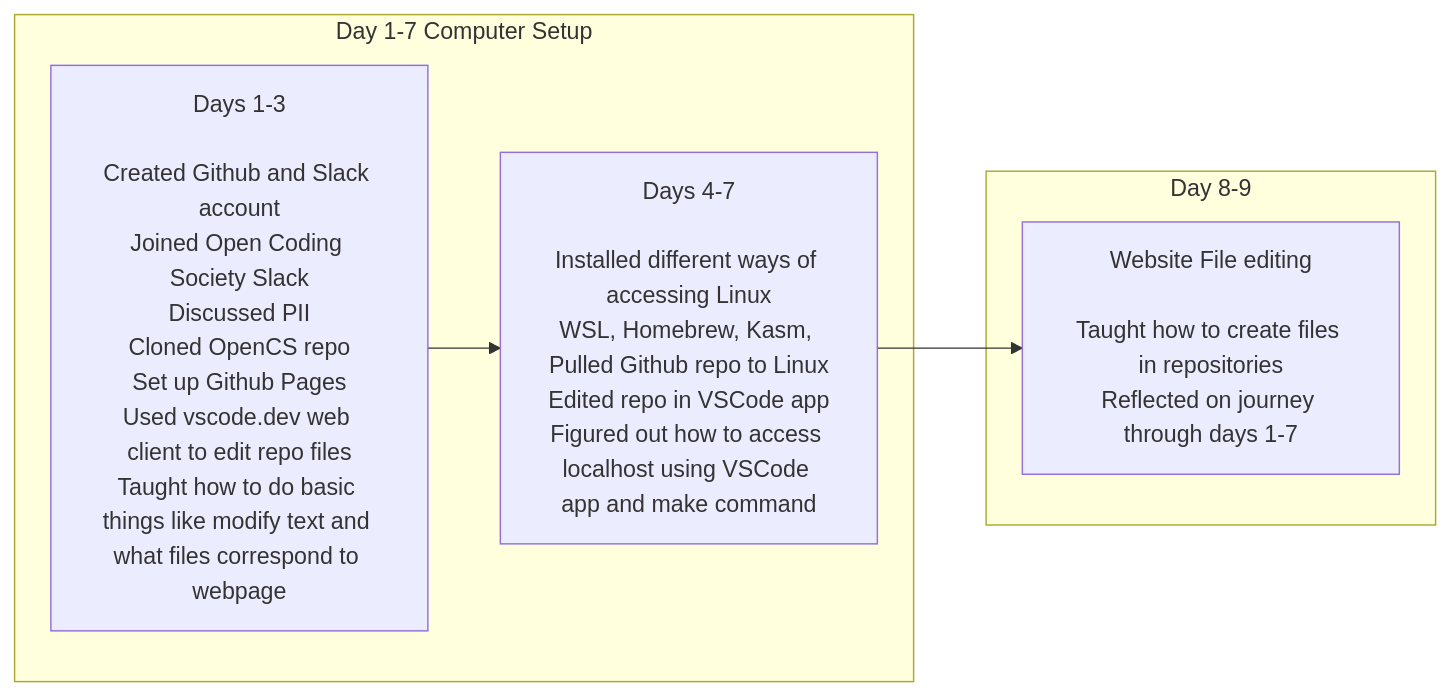
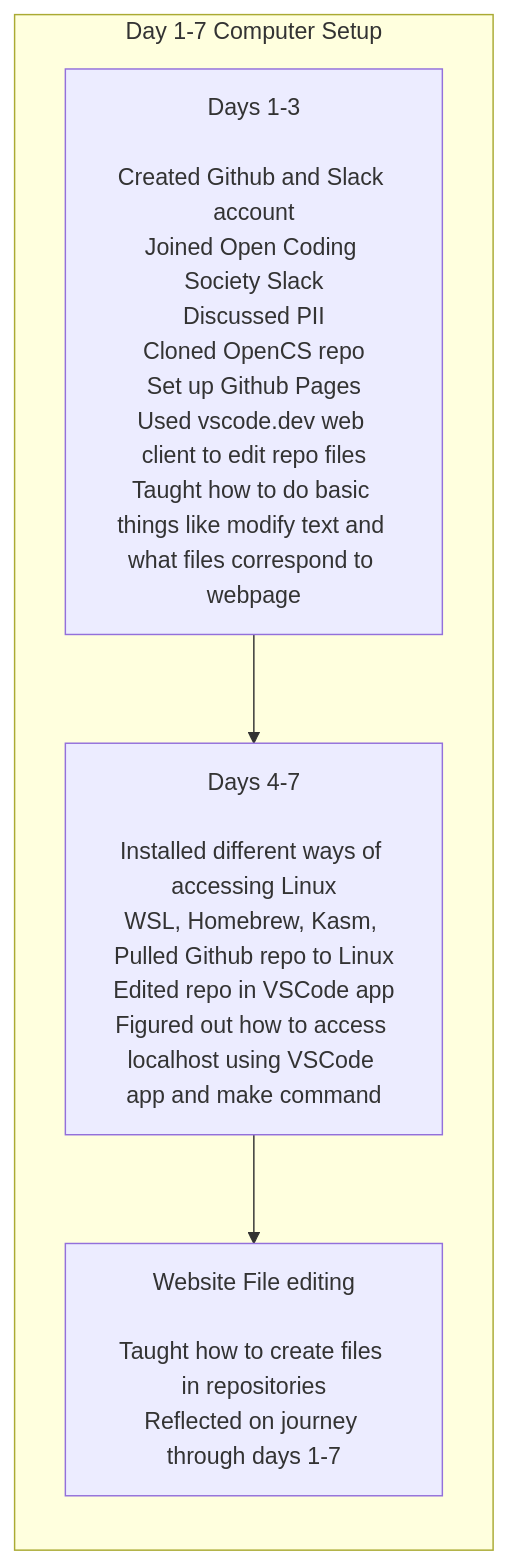
Before and after one commit to rsharma5128/student: the second of 2 diagrams in _posts/Foundation/B-tools_and_equipment/2025-11-21-tools_quest.md, drawn with Mermaid.

````diff
--- a/_posts/Foundation/B-tools_and_equipment/2025-11-21-tools_quest.md
+++ b/_posts/Foundation/B-tools_and_equipment/2025-11-21-tools_quest.md
@@ -59,12 +59,10 @@
 ```mermaid
 flowchart LR
     subgraph Day_1[Day 1-7 Computer Setup]
         A[Days 1-3<br/><br/>Created Github and Slack account<br/>Joined Open Coding Society Slack<br/>Discussed PII<br/>Cloned OpenCS repo<br/>Set up Github Pages<br/>Used vscode.dev web client to edit repo files<br/>Taught how to do basic things like modify text and what files correspond to webpage]:::dayuno
         B[Days 4-7<br/><br/>Installed different ways of accessing Linux<br/>WSL, Homebrew, Kasm, <br/>Pulled Github repo to Linux<br/>Edited repo in VSCode app<br/>Figured out how to access localhost using VSCode app and make command]:::daydos
-end
-        subgraph Day_2[Day 8-9]
-            C[Website File editing<br/><br/>Taught how to create files in repositories<br/>Reflected on journey through days 1-7]:::daytres
+        C[Website File editing<br/><br/>Taught how to create files in repositories<br/>Reflected on journey through days 1-7]:::daytres
 end
 A --> B
 B --> C
 ```
````
